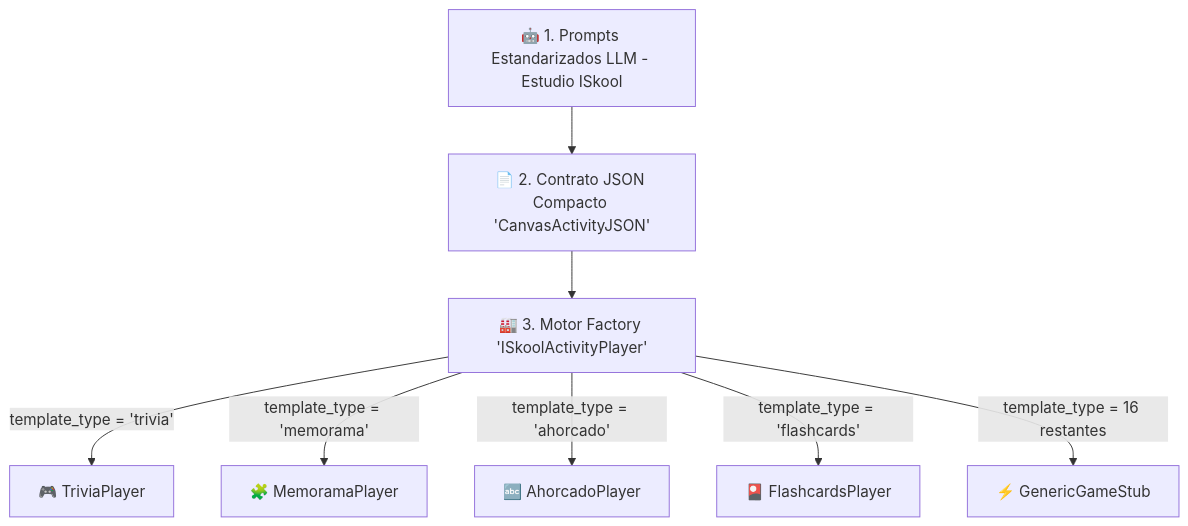
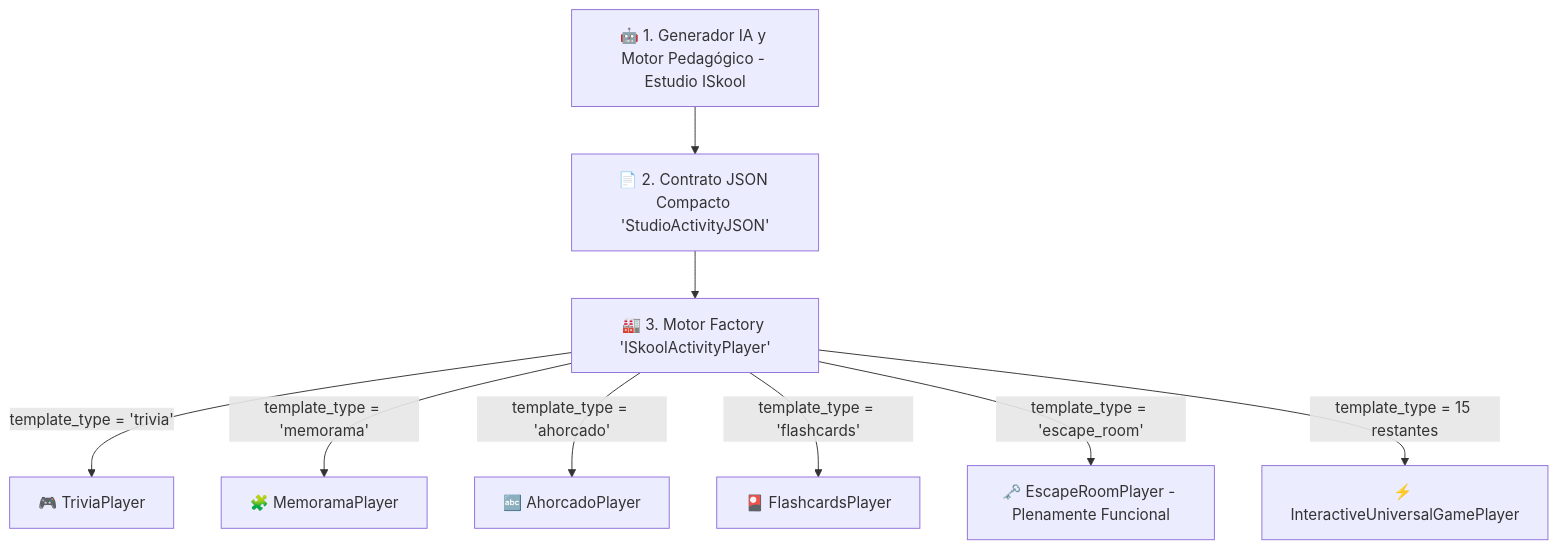
One commit to roboticalegotaller1/iskool changed the diagram in 01_Arquitectura/ISkool_Game_Factory_Pattern.md. Above: the diagram before and after it, drawn with Mermaid. The commit also changed other lines of this file and 18 other files, not shown here.

Commit message:
feat(core): implementacion de marca blanca dinamica, escape room logico, sso y selector trilingue

````diff
--- a/01_Arquitectura/ISkool_Game_Factory_Pattern.md
+++ b/01_Arquitectura/ISkool_Game_Factory_Pattern.md
@@ -14,10 +15,11 @@
 ```mermaid
 graph TD
-    A[🤖 1. Prompts Estandarizados LLM - Estudio ISkool] --> B[📄 2. Contrato JSON Compacto 'CanvasActivityJSON']
+    A[🤖 1. Generador IA y Motor Pedagógico - Estudio ISkool] --> B[📄 2. Contrato JSON Compacto 'StudioActivityJSON']
     B --> C[🏭 3. Motor Factory 'ISkoolActivityPlayer']
     C -->|template_type = 'trivia'| D1[🎮 TriviaPlayer]
     C -->|template_type = 'memorama'| D2[🧩 MemoramaPlayer]
     C -->|template_type = 'ahorcado'| D3[🔤 AhorcadoPlayer]
     C -->|template_type = 'flashcards'| D4[🎴 FlashcardsPlayer]
-    C -->|template_type = 16 restantes| D5[⚡ GenericGameStub]
+    C -->|template_type = 'escape_room'| D5[🗝️ EscapeRoomPlayer - Plenamente Funcional]
+    C -->|template_type = 15 restantes| D6[⚡ InteractiveUniversalGamePlayer]
 ```
````
